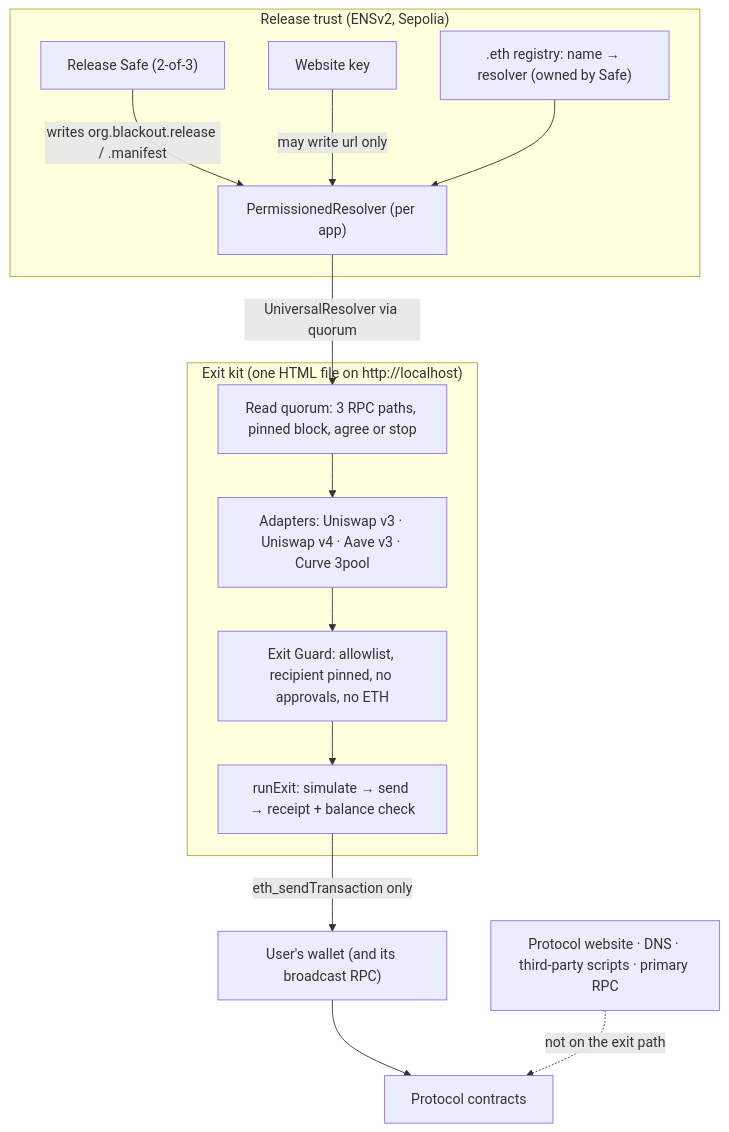
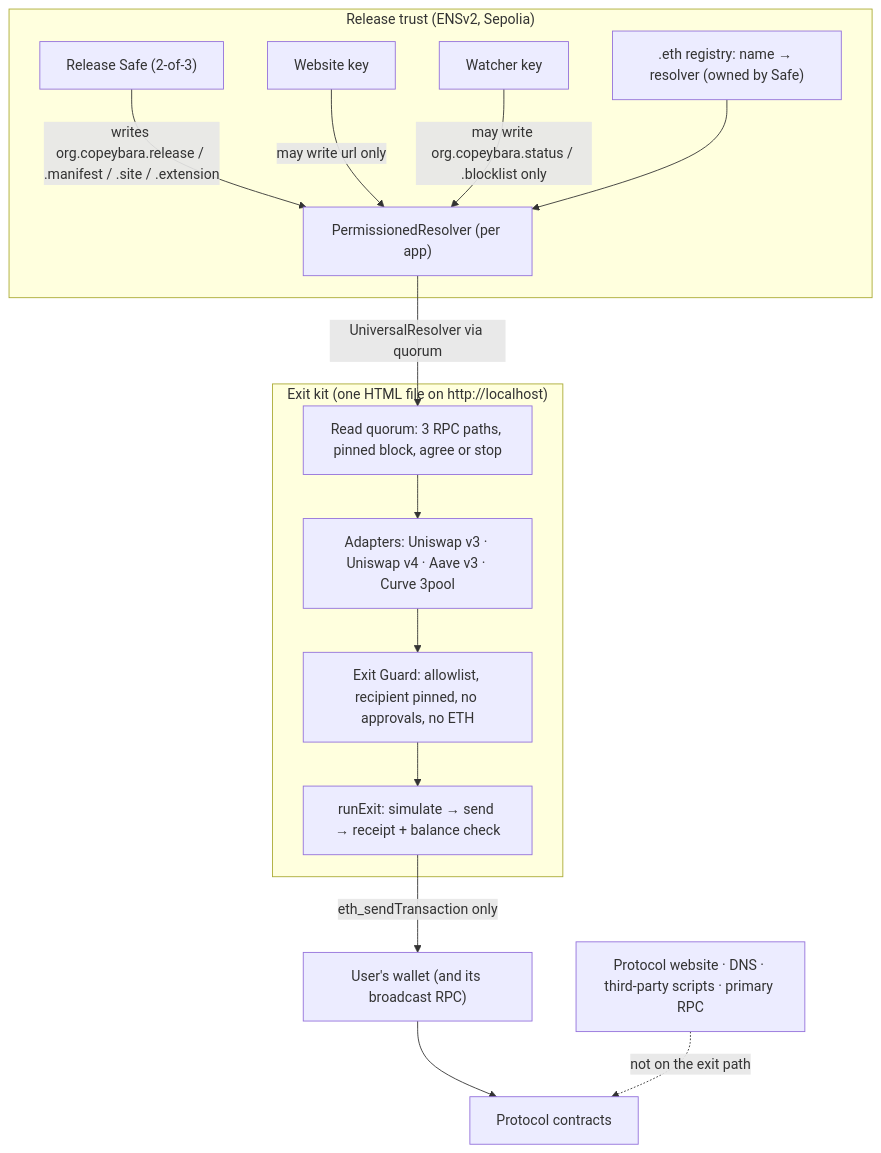
One commit to Harman206/HACKETH-MUMBAI changed the diagram in README.md. Above: the diagram before and after it, drawn with Mermaid. The commit also changed other lines of this file, not shown here.

First line of the commit message:
docs(readme): Copeybara extension, watcher agent and ENS records table; fix stale claims

````diff
--- a/README.md
+++ b/README.md
@@ -80,18 +82,19 @@
 ```mermaid
 flowchart TB
   subgraph Release["Release trust (ENSv2, Sepolia)"]
-    SAFE["Release Safe (2-of-3)"] -->|"writes org.blackout.release / .manifest"| RES["PermissionedResolver (per app)"]
+    SAFE["Release Safe (2-of-3)"] -->|"writes org.copeybara.release / .manifest / .site / .extension"| RES["PermissionedResolver (per app)"]
     WEB["Website key"] -->|"may write url only"| RES
+    WAT["Watcher key"] -->|"may write org.copeybara.status / .blocklist only"| RES
     REG[".eth registry: name → resolver (owned by Safe)"] --> RES
   end
   subgraph Kit["Exit kit (one HTML file on http://localhost)"]
     Q["Read quorum: 3 RPC paths, pinned block, agree or stop"]
     A["Adapters: Uniswap v3 · Uniswap v4 · Aave v3 · Curve 3pool"]
     G["Exit Guard: allowlist, recipient pinned, no approvals, no ETH"]
     X["runExit: simulate → send → receipt + balance check"]
   end
   RES -->|"UniversalResolver via quorum"| Q --> A --> G --> X
   X -->|"eth_sendTransaction only"| W["User's wallet (and its broadcast RPC)"]
   W --> C["Protocol contracts"]
   SITE["Protocol website · DNS · third-party scripts · primary RPC"] -.->|"not on the exit path"| C
 ```
````
